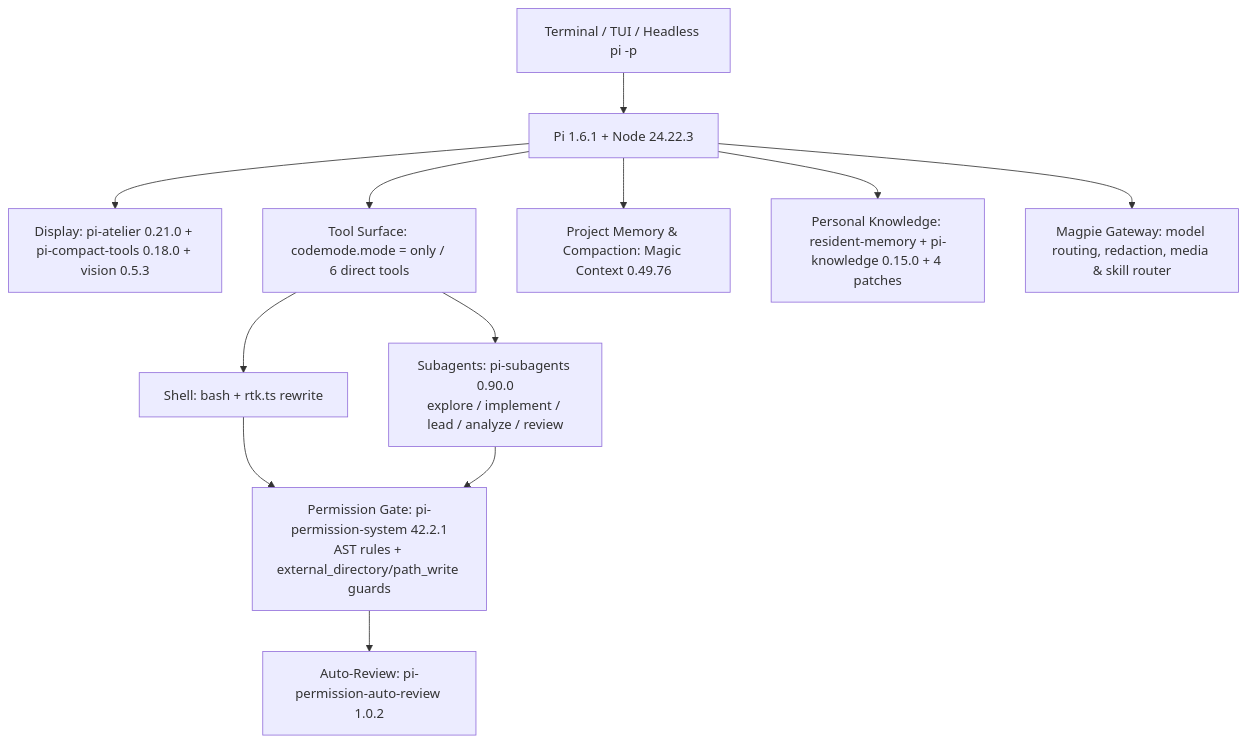
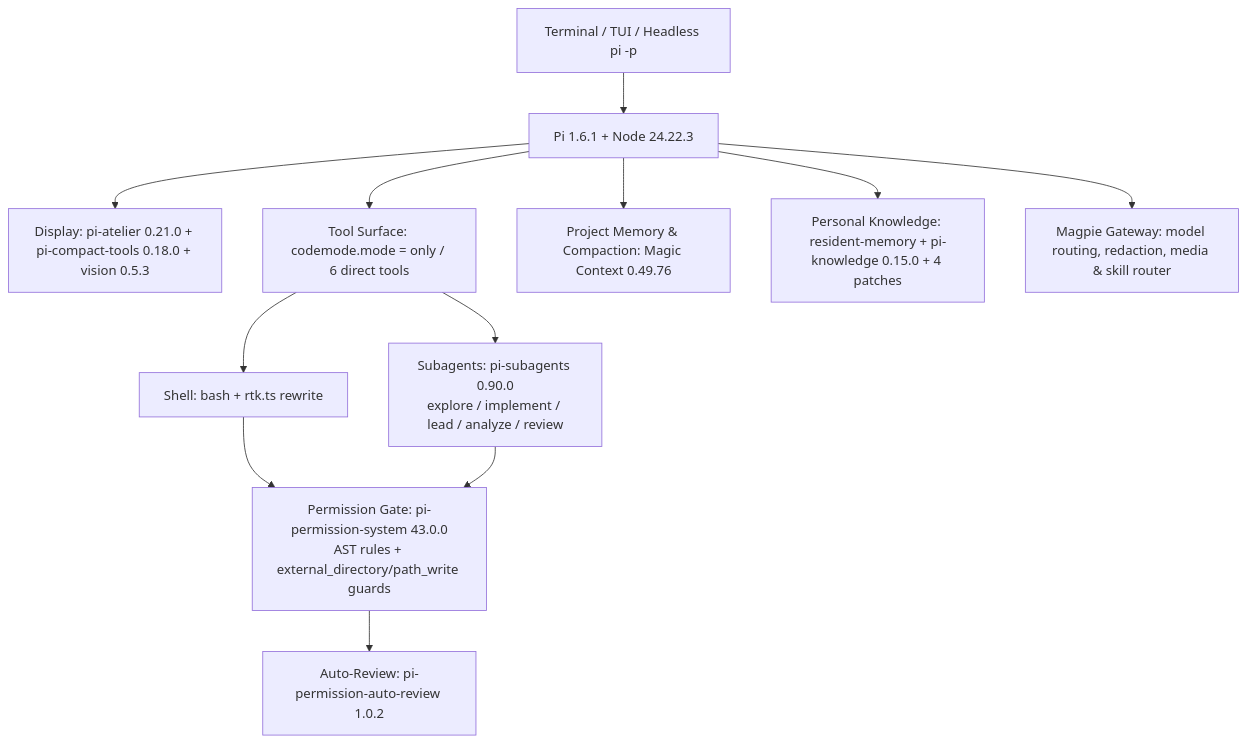
Before and after one commit to AkiR1n/akis-pi: the diagram in README.md, drawn with Mermaid. The commit also changed 7 other files, not shown here.

Commit message:
chore: bump pi-permission-system to 43.0.0

````diff
--- a/README.md
+++ b/README.md
@@ -17,13 +17,13 @@
 ```mermaid
 flowchart TD
     U[Terminal / TUI / Headless pi -p] --> PI[Pi 1.6.1 + Node 24.22.3]
     PI --> UI[Display: pi-atelier 0.21.0 + pi-compact-tools 0.18.0 + vision 0.5.3]
     PI --> CM[Tool Surface: codemode.mode = only / 6 direct tools]
     CM --> SUB[Subagents: pi-subagents 0.90.0<br/>explore / implement / lead / analyze / review]
     CM --> SHELL[Shell: bash + rtk.ts rewrite]
-    SHELL & SUB --> PERM[Permission Gate: pi-permission-system 42.2.1<br/>AST rules + external_directory/path_write guards]
+    SHELL & SUB --> PERM[Permission Gate: pi-permission-system 43.0.0<br/>AST rules + external_directory/path_write guards]
     PERM --> REV[Auto-Review: pi-permission-auto-review 1.0.2]
     PI --> MEM1[Project Memory & Compaction: Magic Context 0.49.76]
     PI --> MEM2[Personal Knowledge: resident-memory + pi-knowledge 0.15.0 + 4 patches]
     PI --> MG[Magpie Gateway: model routing, redaction, media & skill router]
 ```
````
